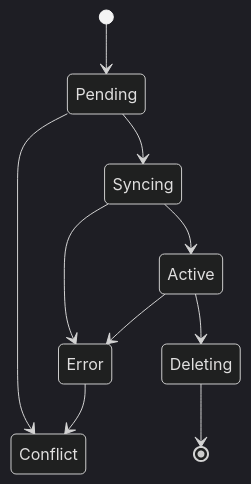
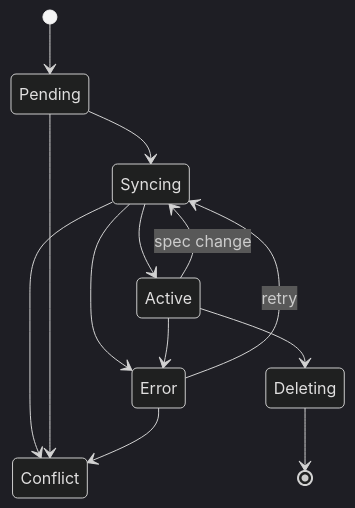
One commit to panteparak/vault-access-operator changed the sixth of 6 diagrams in docs/concepts/architecture.md. Above: the diagram before and after it, drawn with Mermaid (dark theme). The commit also changed other lines of this file and 14 other files, not shown here.

````diff
--- a/docs/concepts/architecture.md
+++ b/docs/concepts/architecture.md
@@ -221,12 +264,15 @@
 ```mermaid
 stateDiagram-v2
     [*] --> Pending
     Pending --> Syncing
     Syncing --> Active
     Syncing --> Error
+    Syncing --> Conflict
     Active --> Error
+    Active --> Syncing : spec change
+    Error --> Syncing : retry
     Pending --> Conflict
     Error --> Conflict
     Active --> Deleting
     Deleting --> [*]
 ```
````
